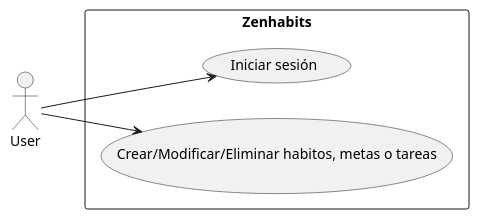
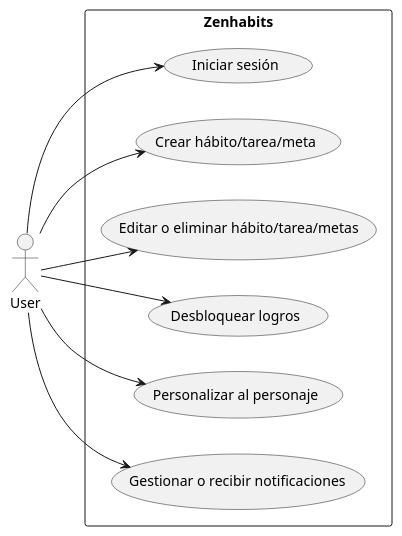
Before and after one commit to albealvant/zenhabits-project: the second of 2 diagrams in README.md, drawn with PlantUML. The commit also changed other lines of this file, not shown here.

Commit message:
Updated use case diagram

````diff
--- a/README.md
+++ b/README.md
@@ -45,14 +47,15 @@
 ```plantuml
 @startuml
 left to right direction
 actor User as u
 
 rectangle Zenhabits {
-  usecase "Iniciar sesión" as UC1
-  usecase "Crear/Modificar/Eliminar habitos, metas o tareas" as UC2
+  u --> (Iniciar sesión) 
+  u --> (Crear hábito/tarea/meta)
+  u --> (Editar o eliminar hábito/tarea/metas) 
+  u --> (Desbloquear logros)
+  u --> (Personalizar al personaje)
+  u --> (Gestionar o recibir notificaciones)
 }
-
-u --> UC1
-u --> UC2
 @enduml
 ```
````
